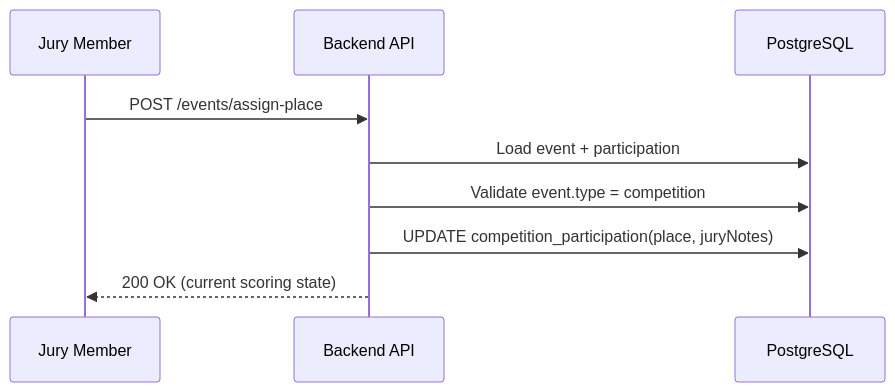
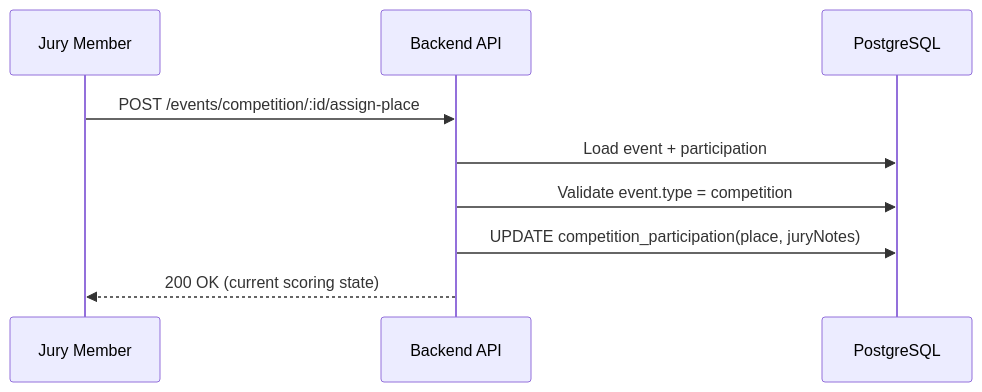
One commit to KaterynaKocheharova/Multi-tenant-architecture changed the ninth of 10 diagrams in architecture-homework/docs/api-design.md. Above: the diagram before and after it, drawn with Mermaid. The commit also changed other lines of this file and 1 other file, not shown here.

Commit message:
polish api-design

````diff
--- a/architecture-homework/docs/api-design.md
+++ b/architecture-homework/docs/api-design.md
@@ -592,12 +563,12 @@
 ```mermaid
 sequenceDiagram
   participant Jury as Jury Member
   participant API as Backend API
   participant DB as PostgreSQL
 
-  Jury->>API: POST /events/assign-place
+  Jury->>API: POST /events/competition/:id/assign-place
   API->>DB: Load event + participation
   API->>DB: Validate event.type = competition
   API->>DB: UPDATE competition_participation(place, juryNotes)
   API-->>Jury: 200 OK (current scoring state)
 ```
````
